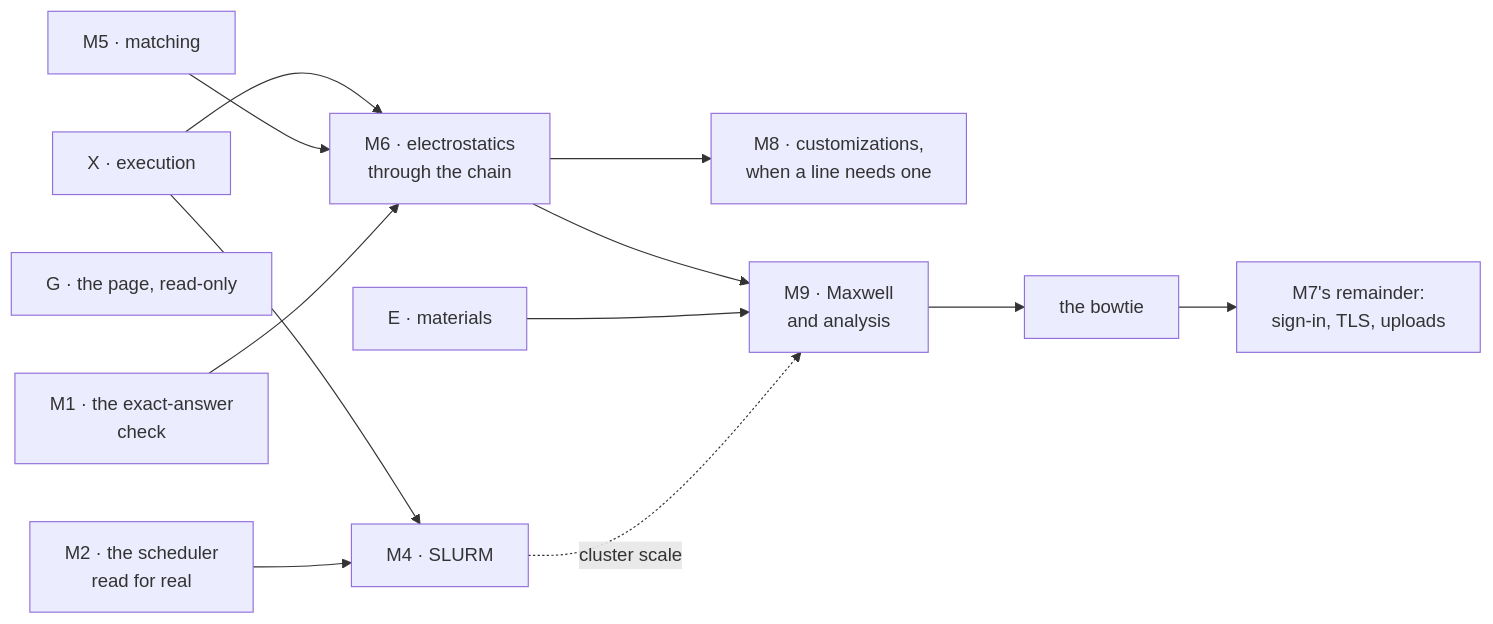
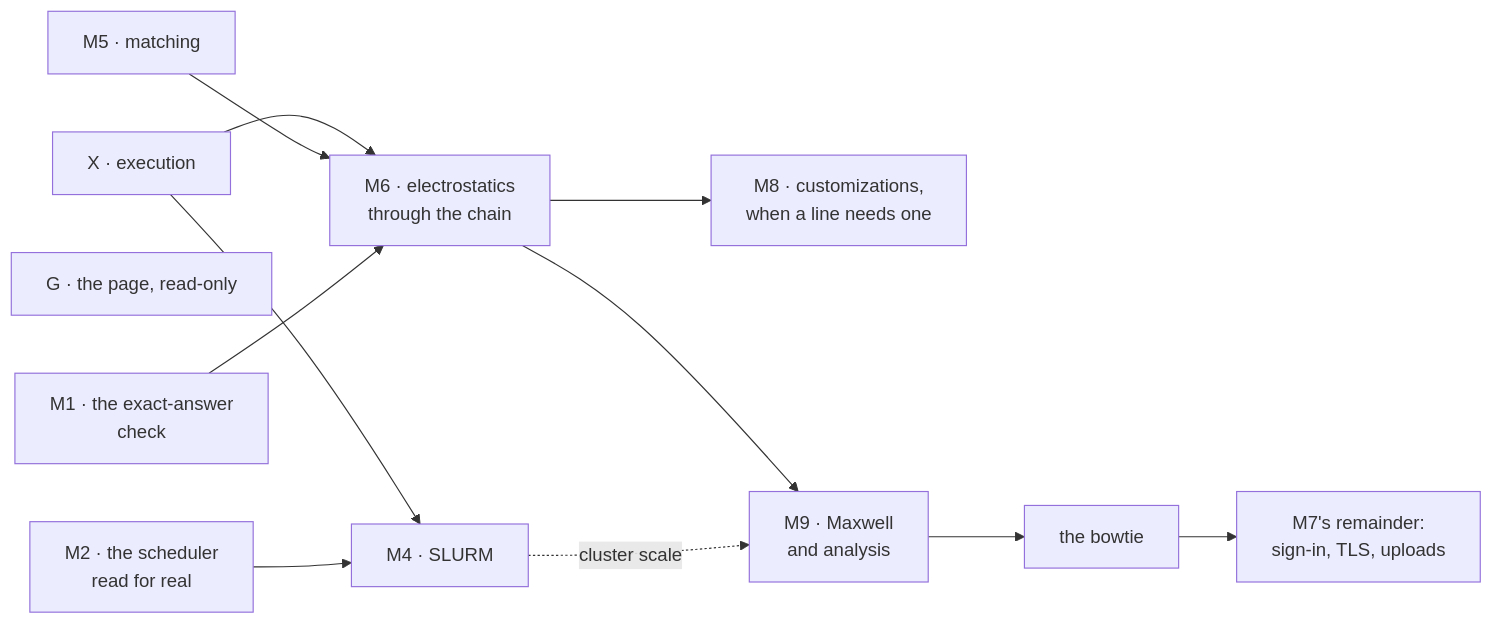
One commit to Qing-LAB/femkit changed the diagram in docs/plans/plan.md. Above: the diagram before and after it, drawn with Mermaid. The commit also changed other lines of this file and 142 other files, not shown here.

````diff
--- a/docs/plans/plan.md
+++ b/docs/plans/plan.md
@@ -131,18 +139,16 @@
 ```mermaid
 flowchart LR
-    E["E · materials"]
     X["X · execution"]
     M5["M5 · matching"]
     G["G · the page, read-only"]
     X --> M4["M4 · SLURM"]
     M2["M2 · the scheduler<br/>read for real"] --> M4
     X --> M6["M6 · electrostatics<br/>through the chain"]
     M5 --> M6
     M1["M1 · the exact-answer<br/>check"] --> M6
     M6 --> M8["M8 · customizations,<br/>when a line needs one"]
     M6 --> M9["M9 · Maxwell<br/>and analysis"]
-    E --> M9
     M4 -.->|"cluster scale"| M9
     M9 --> B["the bowtie"]
     B --> R7["M7's remainder:<br/>sign-in, TLS, uploads"]
 ```
````
